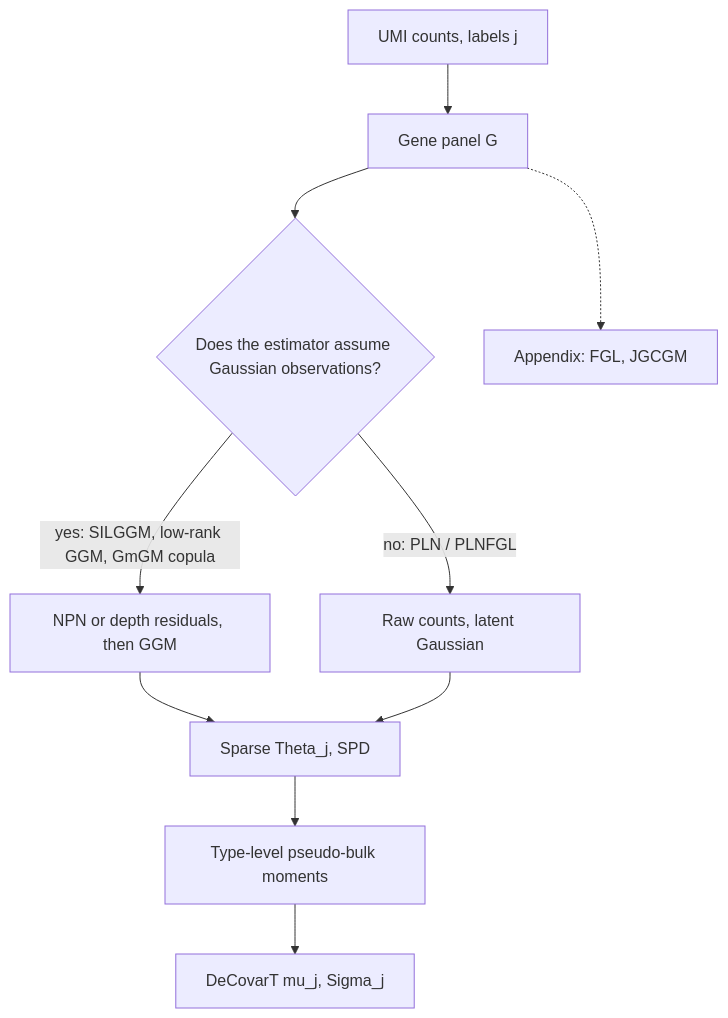
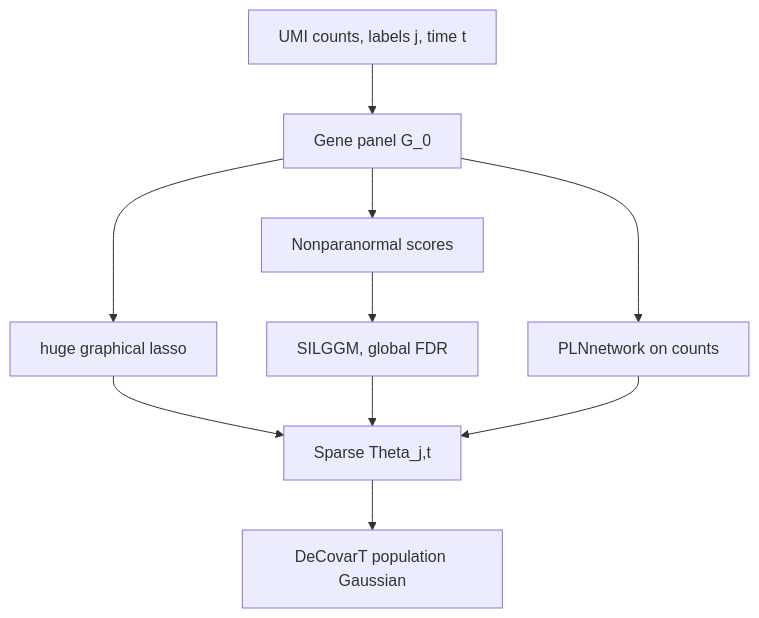
Before and after one commit to bastienchassagnol/DeCovarT_reproducibility: the first of 5 diagrams in docs/02-grn-graphical-lasso.qmd, drawn with Mermaid. The commit also changed other lines of this file and 11 other files, not shown here.

````diff
--- a/docs/02-grn-graphical-lasso.qmd
+++ b/docs/02-grn-graphical-lasso.qmd
@@ -62,16 +59,16 @@
 ```{mermaid}
 %%| echo: false
 %%| label: fig-grn-core
-%%| fig-cap: "Core route from labelled UMI counts to DeCovarT population Gaussians. Observation processing is method-conditional, not a free factorial arm. Joint and copula estimators sit in the appendix."
+%%| fig-cap: "Three core precision estimators. huge and SILGGM see a Gaussian table; only SILGGM is preceded by a nonparanormal map. PLNnetwork sees raw counts. GmGM and fused or low-rank models are perspectives."
 %%{init: {"theme": "sandstone"}}%%
 flowchart TD
-  A["UMI counts, labels j"] --> B["Gene panel G"]
-  B --> C{"Does the estimator assume Gaussian observations?"}
-  C -->|yes: SILGGM, low-rank GGM, GmGM copula| D["NPN or depth residuals, then GGM"]
-  C -->|no: PLN / PLNFGL| E["Raw counts, latent Gaussian"]
-  D --> F["Sparse Theta_j, SPD"]
-  E --> F
-  F --> G["Type-level pseudo-bulk moments"]
-  G --> H["DeCovarT mu_j, Sigma_j"]
-  B -.-> I["Appendix: FGL, JGCGM"]
+  A["UMI counts, labels j, time t"] --> B["Gene panel G_0"]
+  B --> H["huge graphical lasso"]
+  B --> N["Nonparanormal scores"]
+  N --> S["SILGGM, global FDR"]
+  B --> P["PLNnetwork on counts"]
+  H --> F["Sparse Theta_j,t"]
+  S --> F
+  P --> F
+  F --> D["DeCovarT population Gaussian"]
 ```
````
